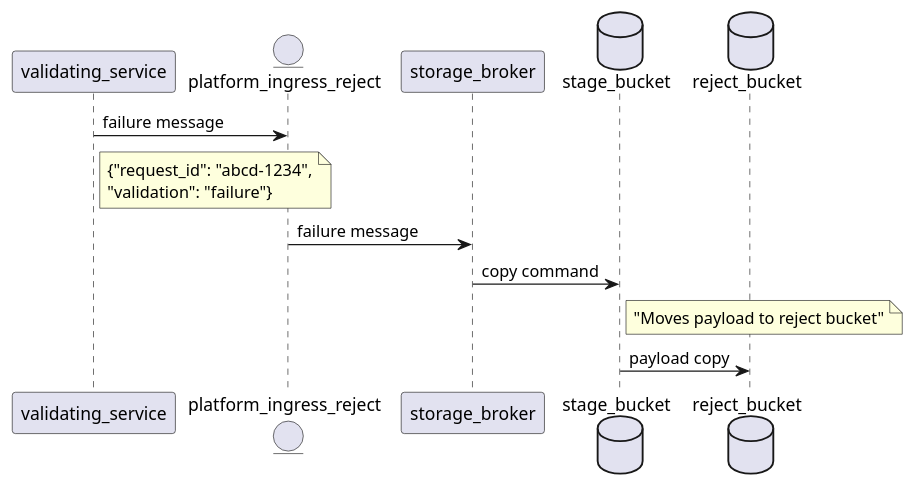
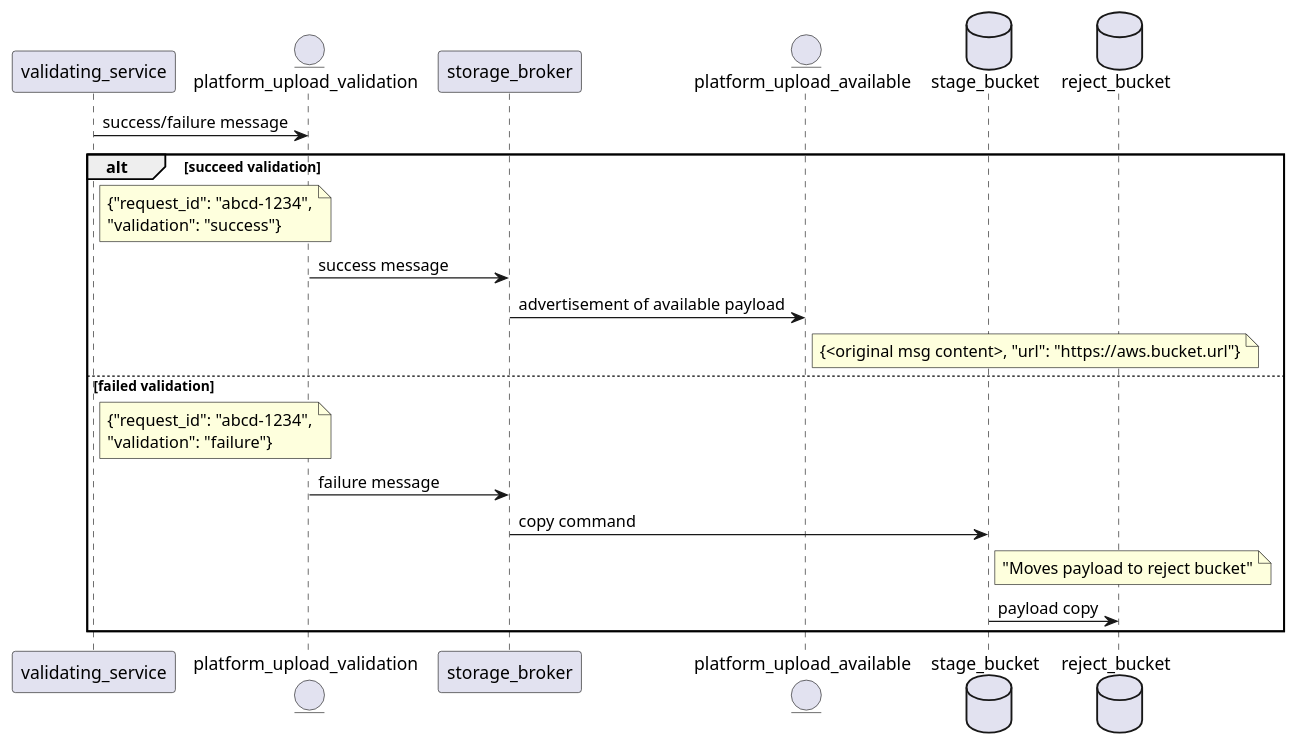
One commit to justinorringer/insights-storage-broker changed the diagram in sequence.puml. Above: the diagram before and after it, drawn with PlantUML. The commit also changed 1 other file, not shown here.

Commit message:
Update README and sequence diagram
When we actually put this into the platform, we ended up making a few
changes to the initial plan.

```diff
--- a/sequence.puml
+++ b/sequence.puml
@@ -1,13 +1,21 @@
 @startuml Insights Storage Broker
 participant validating_service
-entity platform_ingress_reject
+entity platform_upload_validation
 participant storage_broker
+entity platform_upload_available
 database stage_bucket
 database reject_bucket
-validating_service->platform_ingress_reject: failure message
-Note right of validating_service: {"request_id": "abcd-1234",\n"validation": "failure"}
-platform_ingress_reject->storage_broker: failure message
-storage_broker->stage_bucket: copy command
-Note right of stage_bucket: "Moves payload to reject bucket"
-stage_bucket->reject_bucket: payload copy
+validating_service->platform_upload_validation: success/failure message
+alt succeed validation
+    Note right of validating_service: {"request_id": "abcd-1234",\n"validation": "success"}
+    platform_upload_validation->storage_broker: success message
+    storage_broker->platform_upload_available: advertisement of available payload
+    Note right of platform_upload_available: {<original msg content>, "url": "https://aws.bucket.url"}
+else failed validation
+    note right of validating_service: {"request_id": "abcd-1234",\n"validation": "failure"}
+    platform_upload_validation->storage_broker: failure message
+    storage_broker->stage_bucket: copy command
+    Note right of stage_bucket: "Moves payload to reject bucket"
+    stage_bucket->reject_bucket: payload copy
+end
 @enduml
```
